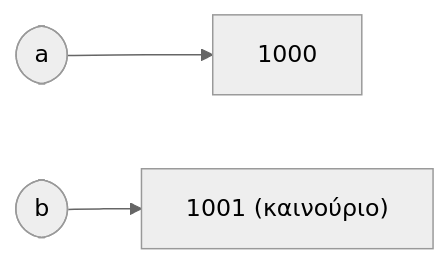
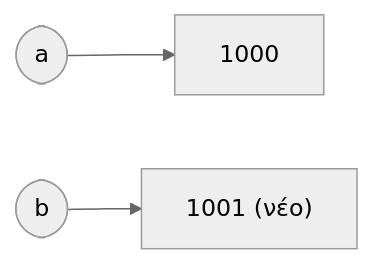
One commit to zafeirakopoulos/pliroforiki changed the third of 5 diagrams in week1.qmd. Above: the diagram before and after it, drawn with Mermaid (neutral theme). The commit also changed other lines of this file, not shown here.

````diff
--- a/week1.qmd
+++ b/week1.qmd
@@ -233,5 +233,5 @@
 ```{mermaid}
 flowchart LR
     a(["a"]) --> obj1["1000"]
-    b(["b"]) --> obj2["1001 (καινούριο)"]
+    b(["b"]) --> obj2["1001 (νέο)"]
 ```
````
